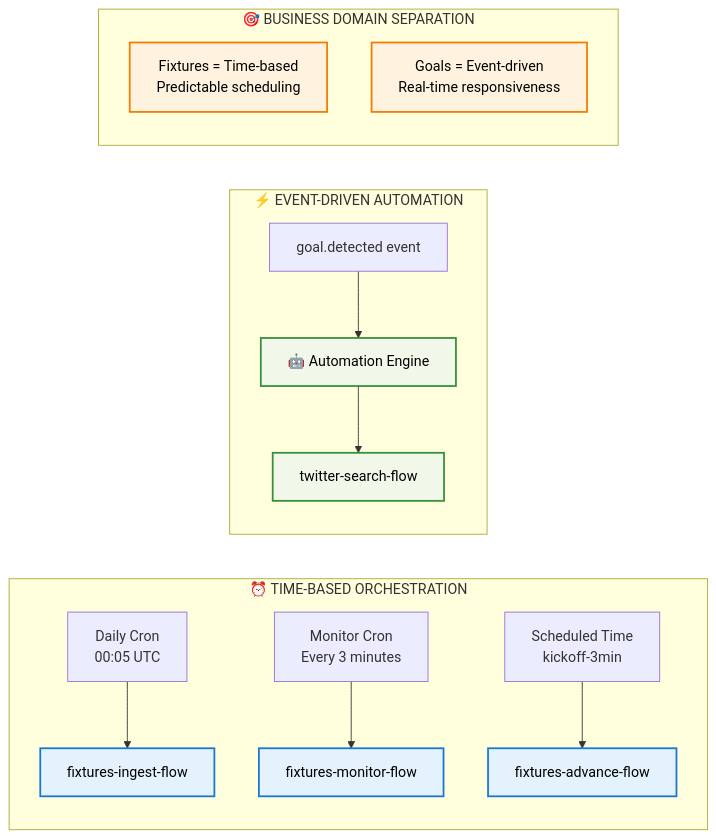
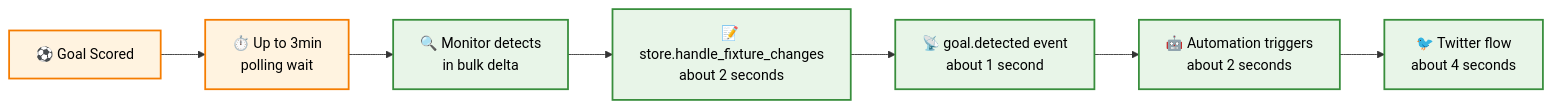
Before and after one commit to vedantadhobley/found-footy: the fifth of 5 diagrams in README.md, drawn with Mermaid. The commit also changed other lines of this file and 12 other files, not shown here.

Commit message:
Updated architecture to remove support for historical goals, focusing on live goals for now. Historical goals will potentially be implemented via YouTube down the line.

````diff
--- a/README.md
+++ b/README.md
@@ -179,33 +288,15 @@
 ```mermaid
 graph LR
-    %% Time-Based Triggers
-    subgraph "⏰ TIME-BASED ORCHESTRATION"
-        direction TB
-        T1[Daily Cron<br/>00:05 UTC] --> FIF2[fixtures-ingest-flow]
-        T2[Monitor Cron<br/>Every 3 minutes] --> FMF2[fixtures-monitor-flow]
-        T3[Scheduled Time<br/>kickoff-3min] --> FAF3[fixtures-advance-flow]
-    end
+    GOAL[⚽ Goal Scored] --> WAIT[⏱️ Up to 3min<br/>polling wait]
+    WAIT --> DETECT[🔍 Monitor detects<br/>in bulk delta]
+    DETECT --> PROCESS[📝 store.handle_fixture_changes<br/>about 2 seconds]
+    PROCESS --> EVENT[📡 goal.detected event<br/>about 1 second]
+    EVENT --> TRIGGER[🤖 Automation triggers<br/>about 2 seconds]
+    TRIGGER --> TWITTER[🐦 Twitter flow<br/>about 4 seconds]
     
-    %% Event-Based Triggers
-    subgraph "⚡ EVENT-DRIVEN AUTOMATION"
-        direction TB
-        E1[goal.detected event] --> AUT2[🤖 Automation Engine]
-        AUT2 --> TSF2[twitter-search-flow]
-    end
+    classDef timeBox fill:#fff3e0,stroke:#f57c00,stroke-width:2px,color:#000000
+    classDef processBox fill:#e8f5e8,stroke:#388e3c,stroke-width:2px,color:#000000
     
-    %% Business Logic
-    subgraph "🎯 BUSINESS DOMAIN SEPARATION"
-        direction TB
-        P1[Fixtures = Time-based<br/>Predictable scheduling] 
-        P2[Goals = Event-driven<br/>Real-time responsiveness]
-    end
-    
-    %% ✅ FIXED: Added black text to ALL styling classes
-    classDef timeBox fill:#e3f2fd,stroke:#1976d2,stroke-width:2px,color:#000000
-    classDef eventBox fill:#f1f8e9,stroke:#388e3c,stroke-width:2px,color:#000000
-    classDef businessBox fill:#fff3e0,stroke:#f57c00,stroke-width:2px,color:#000000
-    
-    class FIF2,FMF2,FAF3 timeBox
-    class AUT2,TSF2 eventBox
-    class P1,P2 businessBox
+    class GOAL,WAIT timeBox
+    class DETECT,PROCESS,EVENT,TRIGGER,TWITTER processBox
 ```
````
